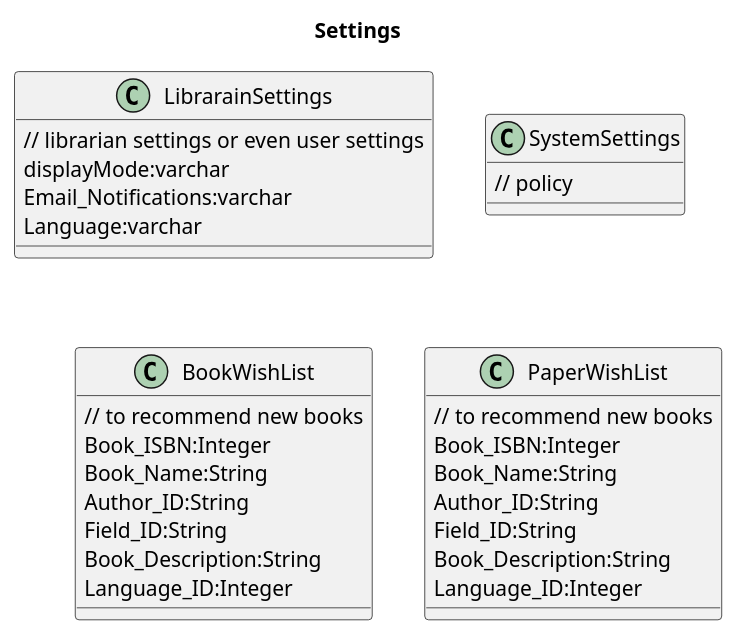
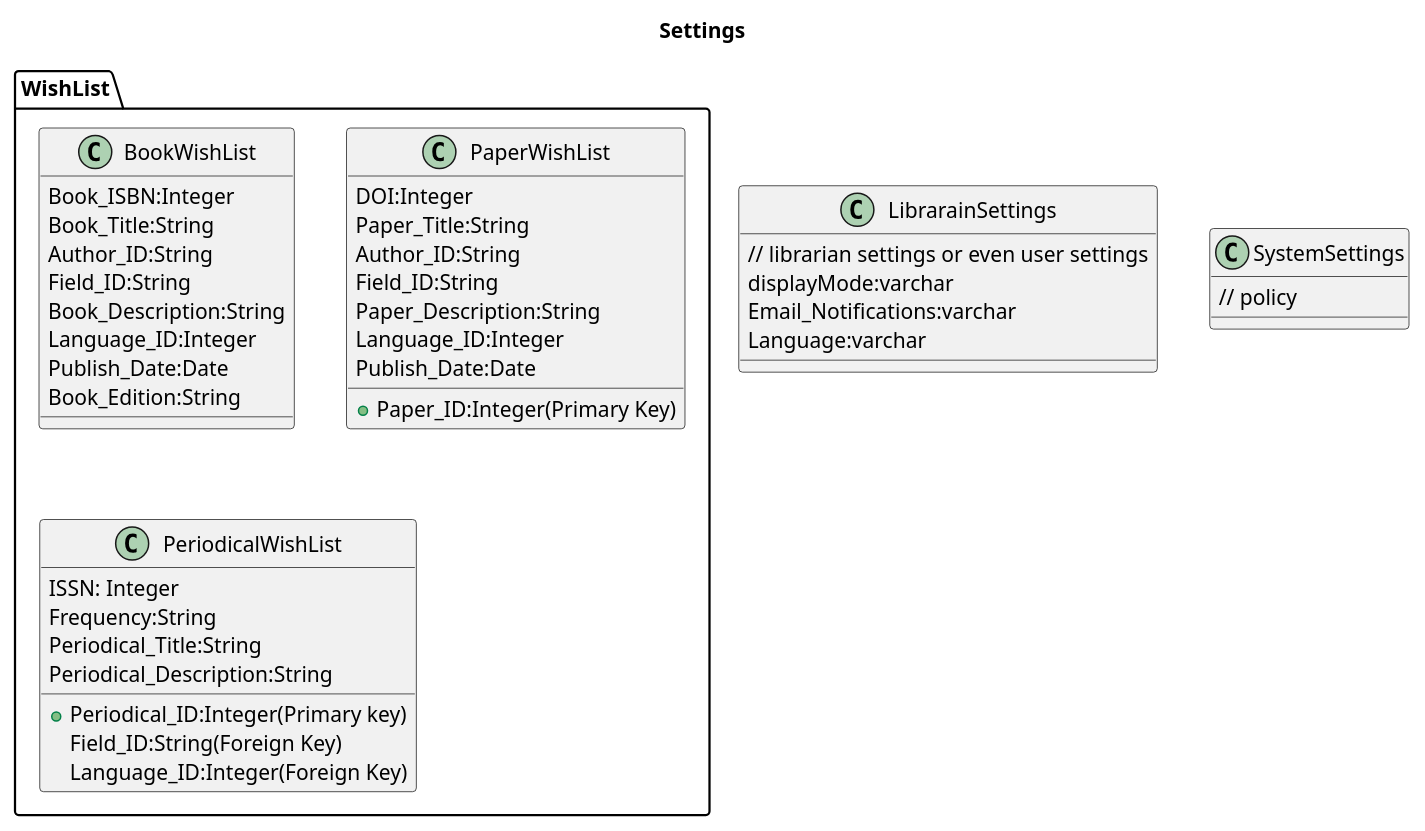
The diagram in ServerSide/SystemDesign/Database/other.puml (Team-G4-15/Tali3), drawn with PlantUML before and after one commit.

Commit message:
Latest version

```diff
--- a/ServerSide/SystemDesign/Database/other.puml
+++ b/ServerSide/SystemDesign/Database/other.puml
@@ -1,37 +1,52 @@
 @startuml
 title Settings
 class LibrarainSettings{
   // librarian settings or even user settings
   displayMode:varchar 
   Email_Notifications:varchar
   Language:varchar
 }
 
 class SystemSettings{
   // policy
 
 }
 
-
+package WishList{
 class BookWishList{
-// to recommend new books
 Book_ISBN:Integer
-Book_Name:String 
+Book_Title:String 
 Author_ID:String
 Field_ID:String
 Book_Description:String
 Language_ID:Integer
+Publish_Date:Date
+Book_Edition:String
 }
 class PaperWishList{
-// to recommend new books
-Book_ISBN:Integer
-Book_Name:String 
++Paper_ID:Integer(Primary Key)
+DOI:Integer
+Paper_Title:String 
 Author_ID:String
 Field_ID:String
-Book_Description:String
+Paper_Description:String
 Language_ID:Integer
+Publish_Date:Date
+}
+class PeriodicalWishList{
++Periodical_ID:Integer(Primary key)
+ISSN: Integer
+Frequency:String  
+Periodical_Title:String 
+Field_ID:String(Foreign Key)
+Periodical_Description:String
+Language_ID:Integer(Foreign Key)
+}
 }
 
 
 
+
+
+
 @enduml
```
